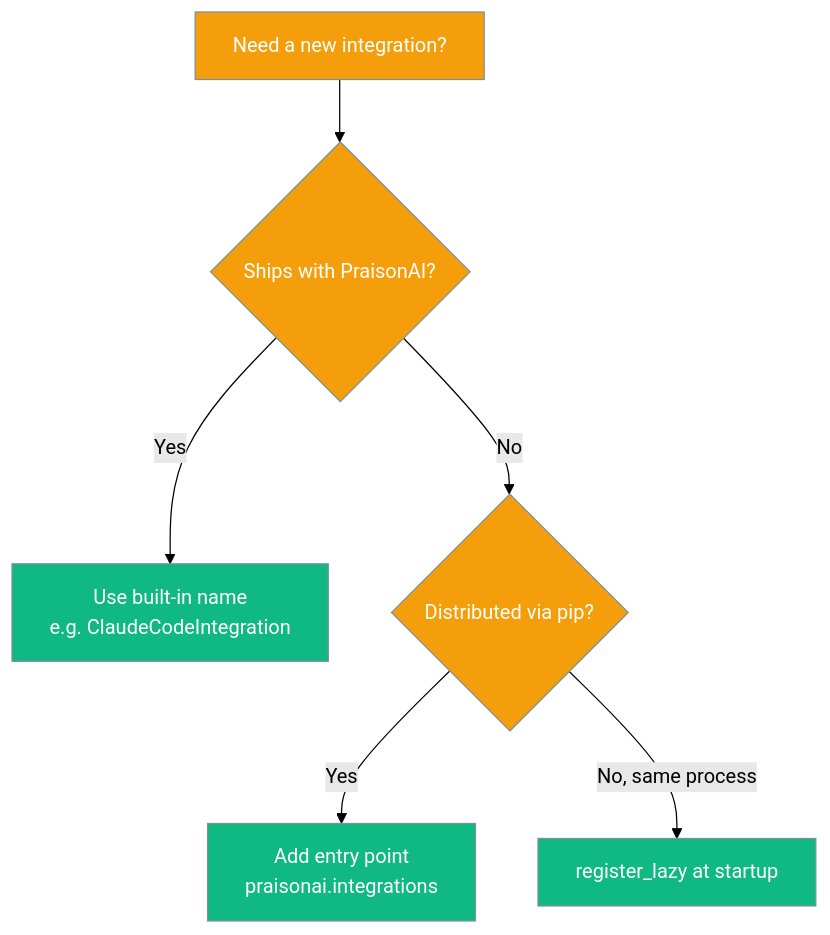
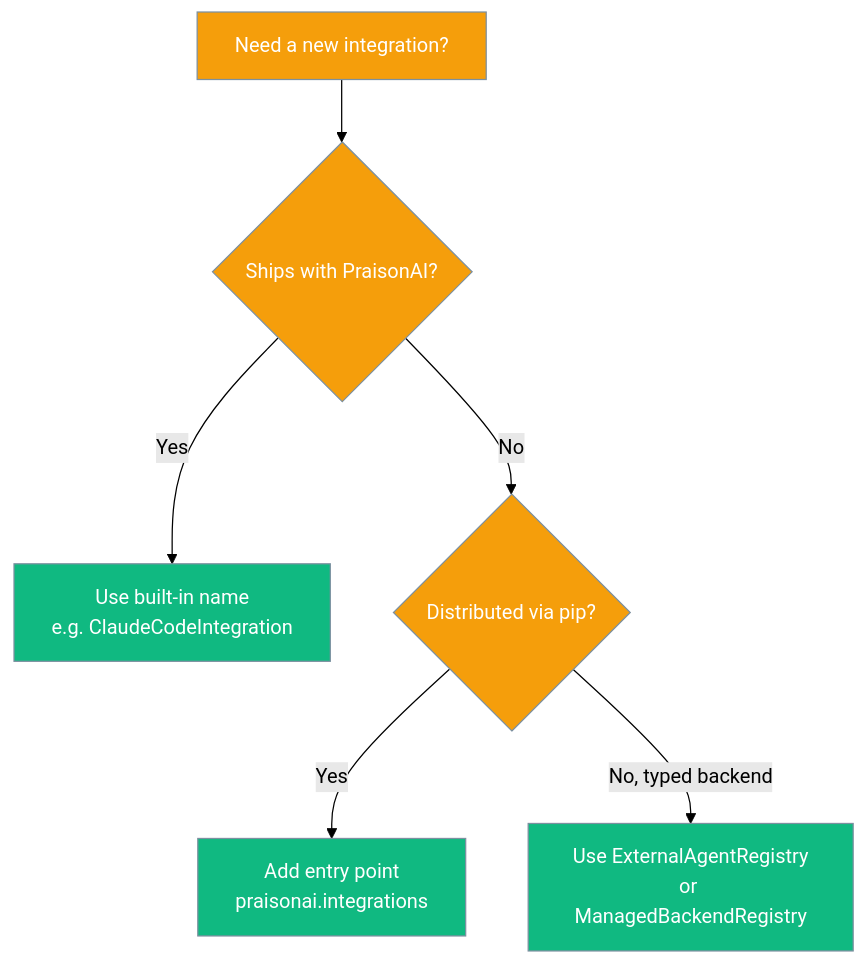
One commit to MervinPraison/PraisonAIDocs changed the second of 3 diagrams in docs/features/integration-registry.mdx. Above: the diagram before and after it, drawn with Mermaid (forest theme). The commit also changed other lines of this file and 6 other files, not shown here.

First line of the commit message:
docs: document PraisonAI PR #4651 — schema-driven YAML validator, data-driven provider inference, integration registry cleanup (fixes #3647)

````diff
--- a/docs/features/integration-registry.mdx
+++ b/docs/features/integration-registry.mdx
@@ -54,13 +46,13 @@
 ```mermaid
 graph TB
     Start[Need a new integration?] --> Q1{Ships with PraisonAI?}
     Q1 -->|Yes| Builtin[Use built-in name<br/>e.g. ClaudeCodeIntegration]
     Q1 -->|No| Q2{Distributed via pip?}
     Q2 -->|Yes| Plugin[Add entry point<br/>praisonai.integrations]
-    Q2 -->|No, same process| Runtime[register_lazy at startup]
+    Q2 -->|No, typed backend| Typed[Use ExternalAgentRegistry<br/>or ManagedBackendRegistry]
 
     classDef q fill:#F59E0B,stroke:#7C90A0,color:#fff
     classDef done fill:#10B981,stroke:#7C90A0,color:#fff
     class Start,Q1,Q2 q
-    class Builtin,Plugin,Runtime done
+    class Builtin,Plugin,Typed done
 ```
````
